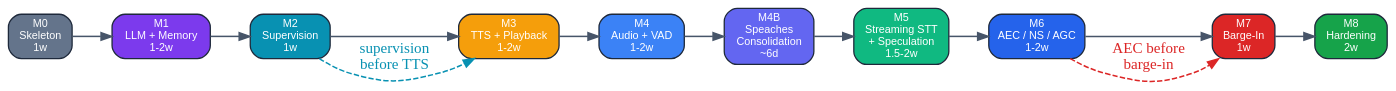
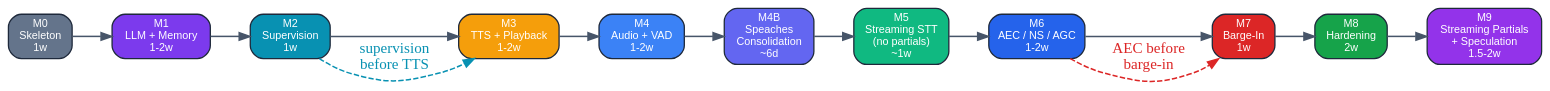
Before and after one commit to agutikov/lclva: the sixth of 6 diagrams in plans/project_design.md, drawn with Graphviz. The commit also changed other lines of this file and 13 other files, not shown here.

````diff
--- a/plans/project_design.md
+++ b/plans/project_design.md
@@ -740,24 +741,25 @@
 ```dot
 digraph Milestones {
   rankdir=LR; bgcolor="transparent"; pad=0.3;
   node [style="filled,rounded", shape=box, fontname="Helvetica", fontsize=10, penwidth=1.2, color="#1E293B"];
   edge [color="#475569", penwidth=1.4];
 
   M0 [fillcolor="#64748B", fontcolor=white, label="M0\nSkeleton\n1w"];
   M1 [fillcolor="#7C3AED", fontcolor=white, label="M1\nLLM + Memory\n1-2w"];
   M2 [fillcolor="#0891B2", fontcolor=white, label="M2\nSupervision\n1w"];
   M3 [fillcolor="#F59E0B", fontcolor=white, label="M3\nTTS + Playback\n1-2w"];
   M4  [fillcolor="#3B82F6", fontcolor=white, label="M4\nAudio + VAD\n1-2w"];
   M4B [fillcolor="#6366F1", fontcolor=white, label="M4B\nSpeaches\nConsolidation\n~6d"];
-  M5  [fillcolor="#10B981", fontcolor=white, label="M5\nStreaming STT\n+ Speculation\n1.5-2w"];
+  M5  [fillcolor="#10B981", fontcolor=white, label="M5\nStreaming STT\n(no partials)\n~1w"];
   M6  [fillcolor="#2563EB", fontcolor=white, label="M6\nAEC / NS / AGC\n1-2w"];
   M7  [fillcolor="#DC2626", fontcolor=white, label="M7\nBarge-In\n1w"];
   M8  [fillcolor="#16A34A", fontcolor=white, label="M8\nHardening\n2w"];
+  M9  [fillcolor="#9333EA", fontcolor=white, label="M9\nStreaming Partials\n+ Speculation\n1.5-2w"];
 
-  M0 -> M1 -> M2 -> M3 -> M4 -> M4B -> M5 -> M6 -> M7 -> M8;
+  M0 -> M1 -> M2 -> M3 -> M4 -> M4B -> M5 -> M6 -> M7 -> M8 -> M9;
 
   // Highlight critical reorderings
   M2 -> M3 [label="supervision\nbefore TTS", fontcolor="#0891B2", color="#0891B2", style=dashed, constraint=false];
   M6 -> M7 [label="AEC before\nbarge-in", fontcolor="#DC2626", color="#DC2626", style=dashed, constraint=false];
 }
 ```
````
